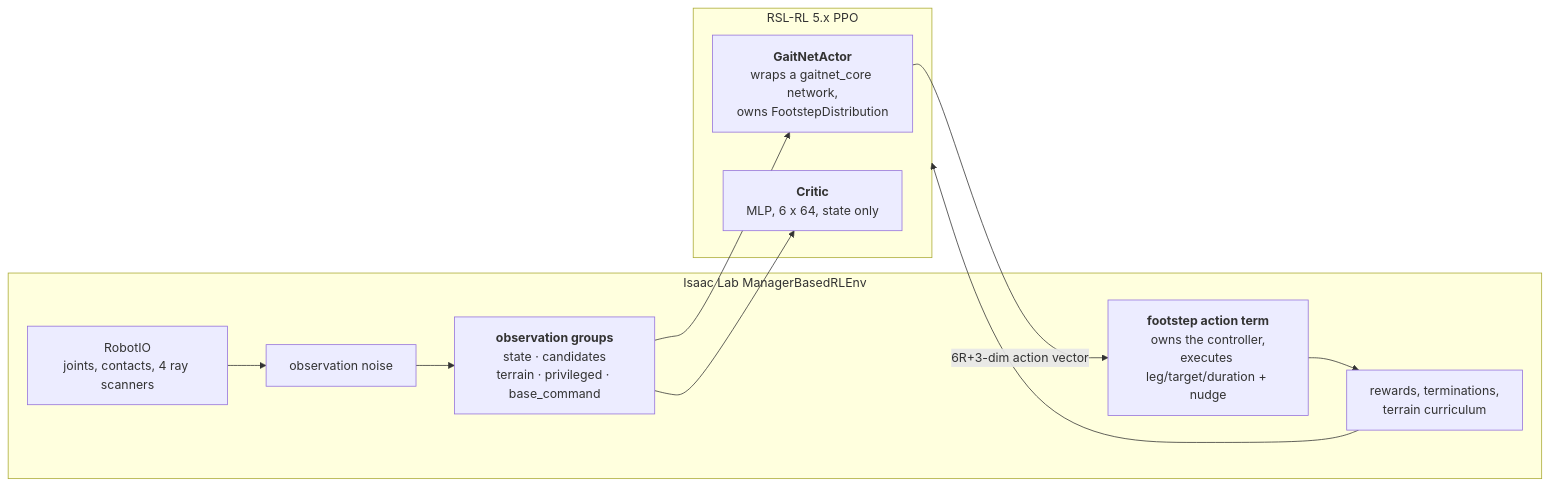
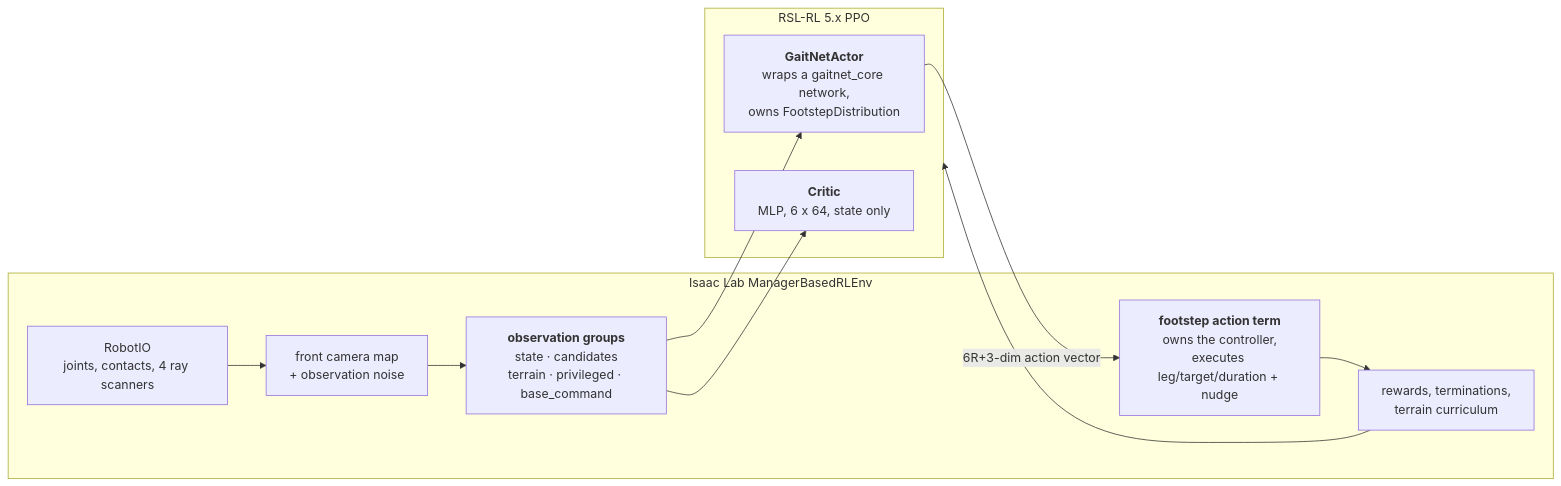
One commit to souravselvaraj/gaitnet changed the third of 5 diagrams in ARCHITECTURE.md. Above: the diagram before and after it, drawn with Mermaid. The commit also changed 8 other files, not shown here.

First line of the commit message:
sim/env: front depth camera map; forward-biased commands

````diff
--- a/ARCHITECTURE.md
+++ b/ARCHITECTURE.md
@@ -172,22 +172,22 @@
 ```mermaid
 flowchart LR
     subgraph env["Isaac Lab ManagerBasedRLEnv"]
         io["RobotIO<br/>joints, contacts, 4 ray scanners"]
-        noise["observation noise"]
+        noise["front camera map<br/>+ observation noise"]
         og["<b>observation groups</b><br/>state · candidates<br/>terrain · privileged · base_command"]
         act["<b>footstep action term</b><br/>owns the controller,<br/>executes leg/target/duration + nudge"]
         rew["rewards, terminations,<br/>terrain curriculum"]
     end
 
     subgraph rl["RSL-RL 5.x PPO"]
         actor["<b>GaitNetActor</b><br/>wraps a gaitnet_core network,<br/>owns FootstepDistribution"]
         critic["<b>Critic</b><br/>MLP, 6 x 64, state only"]
     end
 
     io --> noise --> og
     og --> actor
     og --> critic
     actor -->|"6R+3-dim action vector"| act
     act --> rew
     rew --> rl
 ```
````
